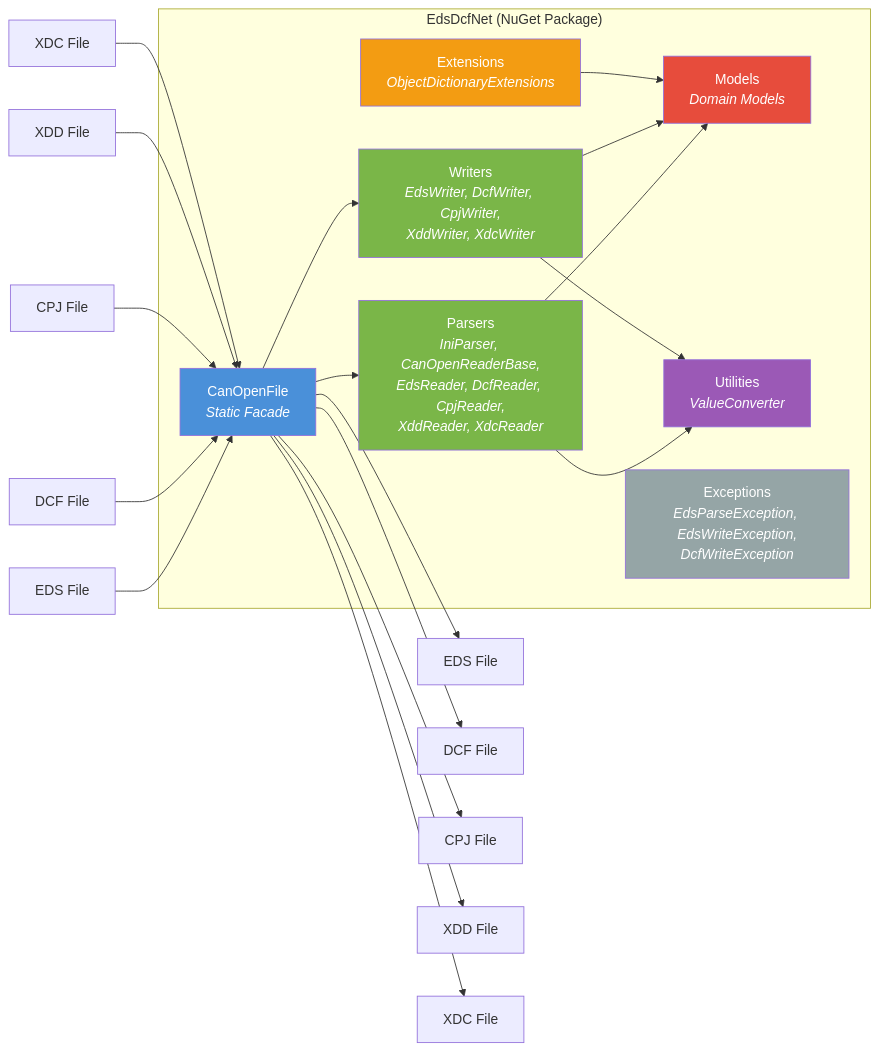
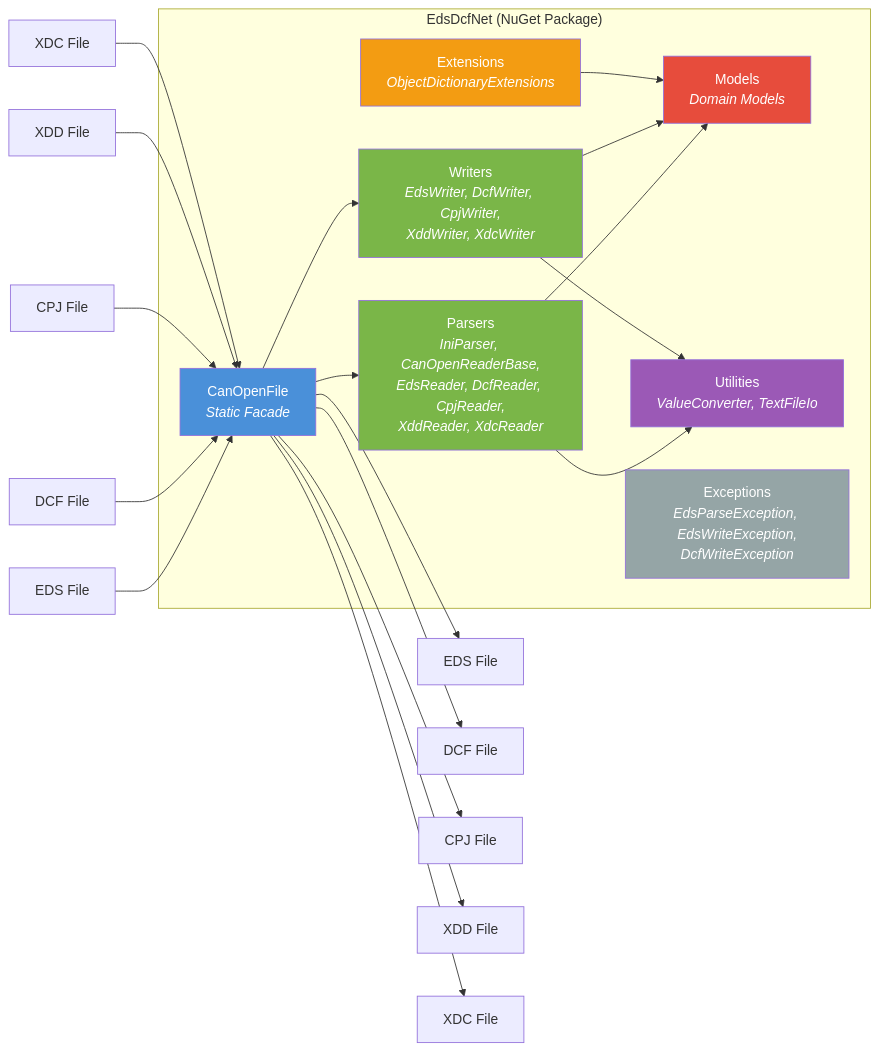
The first of 7 diagrams in docs/architecture/05-building-block-view.md (dborgards/eds-dcf-net), drawn with Mermaid before and after one commit. The commit also changed other lines of this file and 27 other files, not shown here.

````diff
--- a/docs/architecture/05-building-block-view.md
+++ b/docs/architecture/05-building-block-view.md
@@ -5,38 +5,38 @@
 ```mermaid
 graph LR
     subgraph EdsDcfNet ["EdsDcfNet (NuGet Package)"]
         API["CanOpenFile<br/><i>Static Facade</i>"]
         Parsers["Parsers<br/><i>IniParser, CanOpenReaderBase,<br/>EdsReader, DcfReader, CpjReader,<br/>XddReader, XdcReader</i>"]
         Writers["Writers<br/><i>EdsWriter, DcfWriter, CpjWriter,<br/>XddWriter, XdcWriter</i>"]
         Models["Models<br/><i>Domain Models</i>"]
-        Utilities["Utilities<br/><i>ValueConverter</i>"]
+        Utilities["Utilities<br/><i>ValueConverter, TextFileIo</i>"]
         Extensions["Extensions<br/><i>ObjectDictionaryExtensions</i>"]
         Exceptions["Exceptions<br/><i>EdsParseException, EdsWriteException,<br/>DcfWriteException</i>"]
     end
 
     EDS["EDS File"] --> API
     DCF_In["DCF File"] --> API
     CPJ_In["CPJ File"] --> API
     XDD_In["XDD File"] --> API
     XDC_In["XDC File"] --> API
     API --> EDS_Out["EDS File"]
     API --> DCF_Out["DCF File"]
     API --> CPJ_Out["CPJ File"]
     API --> XDD_Out["XDD File"]
     API --> XDC_Out["XDC File"]
     API --> Parsers
     API --> Writers
     Parsers --> Models
     Writers --> Models
     Parsers --> Utilities
     Writers --> Utilities
     Extensions --> Models
 
     style API fill:#4A90D9,color:#fff
     style Parsers fill:#7AB648,color:#fff
     style Writers fill:#7AB648,color:#fff
     style Models fill:#E74C3C,color:#fff
     style Utilities fill:#9B59B6,color:#fff
     style Extensions fill:#F39C12,color:#fff
     style Exceptions fill:#95A5A6,color:#fff
 ```
````
